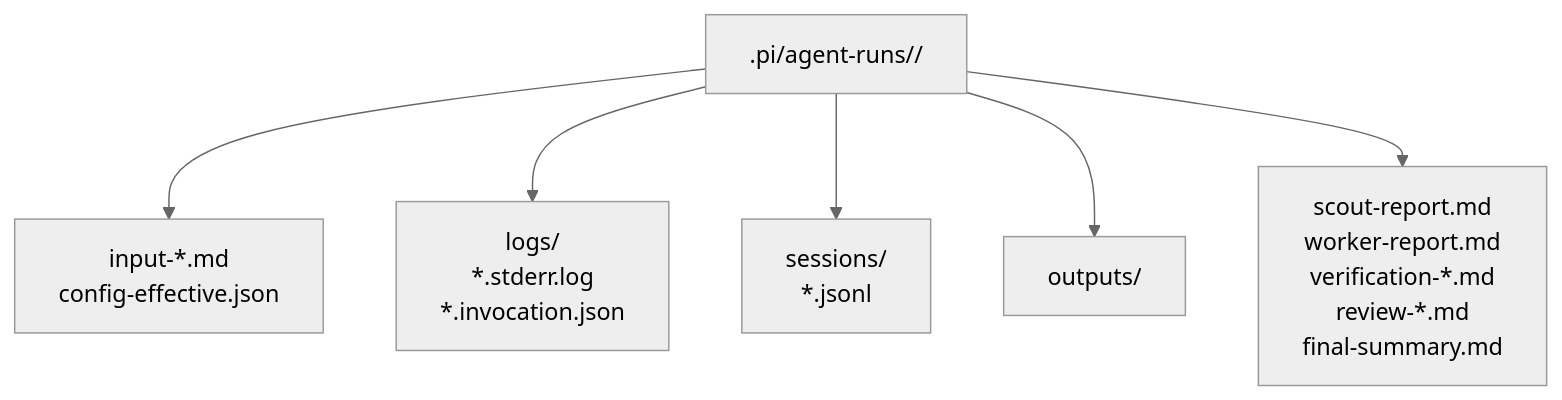
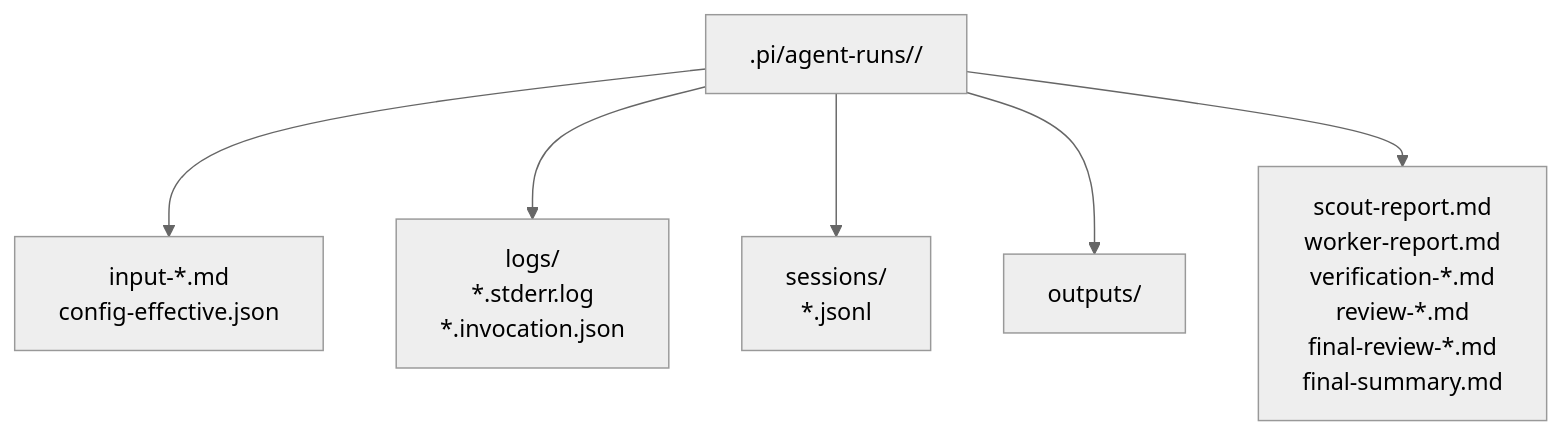
One commit to SkipXS/pi-simple-subagents changed the fourth of 4 diagrams in README.md. Above: the diagram before and after it, drawn with Mermaid (neutral theme). The commit also changed other lines of this file and 6 other files, not shown here.

````diff
--- a/README.md
+++ b/README.md
@@ -231,9 +234,9 @@
 ```mermaid
 flowchart TB
   Base[".pi/agent-runs/<run-id>/"]
   Base --> Inputs["input-*.md<br/>config-effective.json"]
   Base --> Logs["logs/<br/>*.stderr.log<br/>*.invocation.json"]
   Base --> Sessions["sessions/<br/>*.jsonl"]
   Base --> Outputs["outputs/"]
-  Base --> Reports["scout-report.md<br/>worker-report.md<br/>verification-*.md<br/>review-*.md<br/>final-summary.md"]
+  Base --> Reports["scout-report.md<br/>worker-report.md<br/>verification-*.md<br/>review-*.md<br/>final-review-*.md<br/>final-summary.md"]
 ```
````
